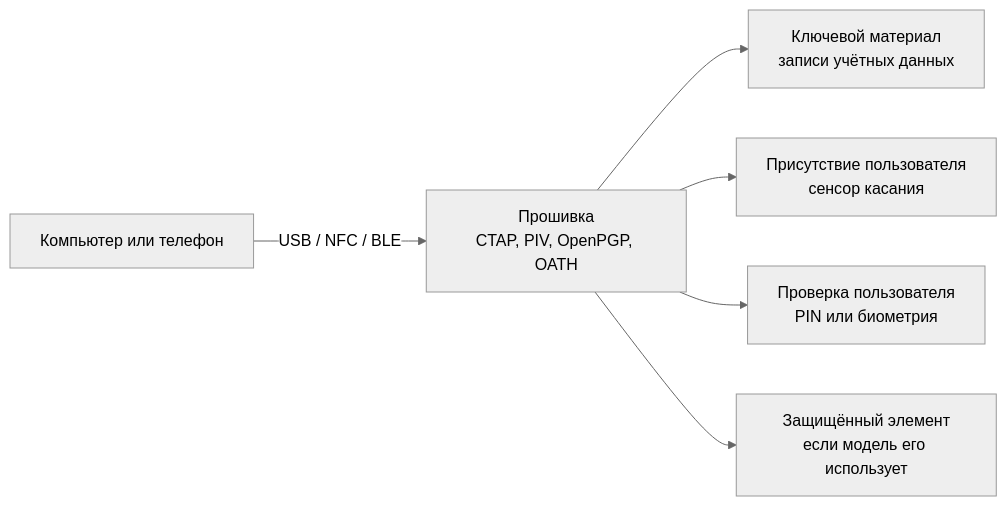
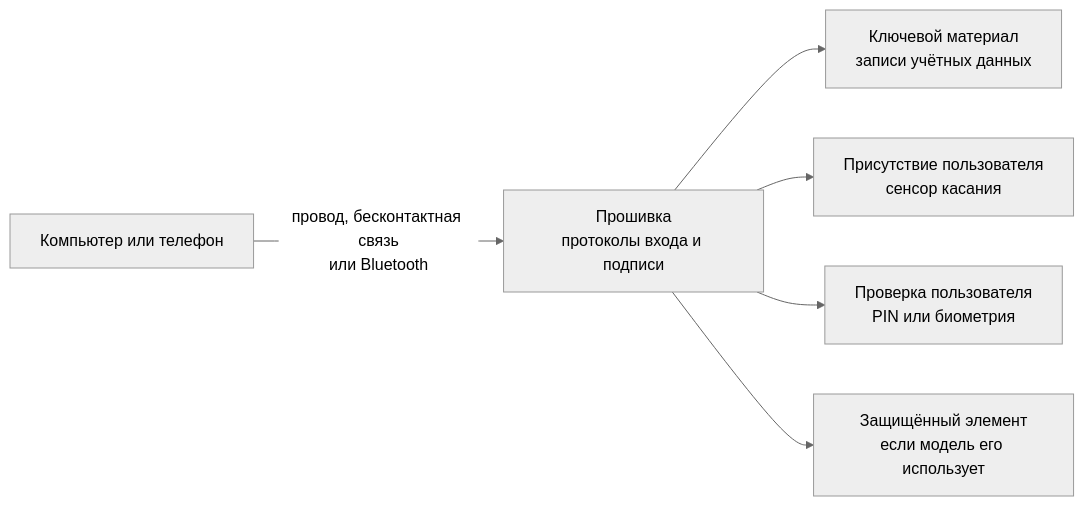
The first of 2 diagrams in FIDO/hardware-security-keys.md (zapret-discordyoutube/todo), drawn with Mermaid (neutral theme) before and after one commit. The commit also changed other lines of this file and 8 other files, not shown here.

````diff
--- a/FIDO/hardware-security-keys.md
+++ b/FIDO/hardware-security-keys.md
@@ -84,8 +44,8 @@
 ```mermaid
 flowchart LR
-    Host["Компьютер или телефон"] -->|"USB / NFC / BLE"| FW["Прошивка<br>CTAP, PIV, OpenPGP, OATH"]
+    Host["Компьютер или телефон"] -->|"провод, бесконтактная связь<br>или Bluetooth"| FW["Прошивка<br>протоколы входа и подписи"]
     FW --> Keys["Ключевой материал<br>записи учётных данных"]
     FW --> UP["Присутствие пользователя<br>сенсор касания"]
     FW --> UV["Проверка пользователя<br>PIN или биометрия"]
     FW --> SE["Защищённый элемент<br>если модель его использует"]
 ```
````
